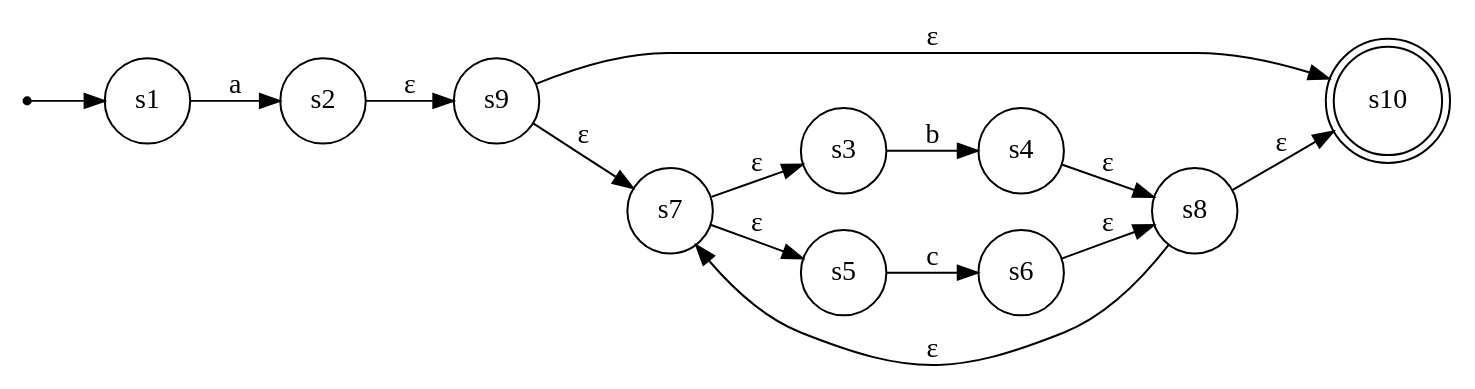
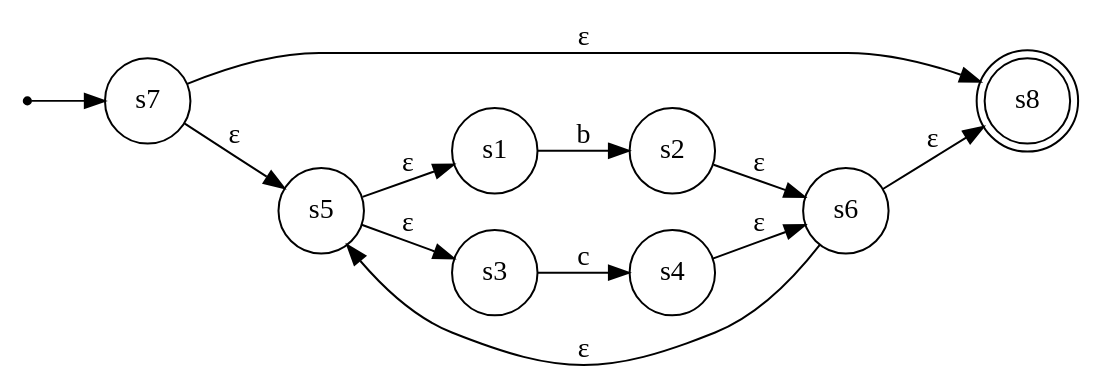
The diagram in dots/nfa.dot (sauravatgithub-web/REGEX-to-Automata), drawn with Graphviz before and after one commit. The commit also changed 5 other files, not shown here.

```diff
--- a/dots/nfa.dot
+++ b/dots/nfa.dot
@@ -1,20 +1,18 @@
 digraph Automaton {
     rankdir=LR;
     node [shape=circle];
 
     __start__ [shape=point];
-    __start__ -> s1;
-    s10 [shape=doublecircle];
-    s1 -> s2 [label="a"];
-    s3 -> s4 [label="b"];
-    s5 -> s6 [label="c"];
-    s7 -> s3 [label="ε"];
+    __start__ -> s7;
+    s8 [shape=doublecircle];
+    s1 -> s2 [label="b"];
+    s3 -> s4 [label="c"];
+    s5 -> s1 [label="ε"];
+    s5 -> s3 [label="ε"];
+    s2 -> s6 [label="ε"];
+    s4 -> s6 [label="ε"];
+    s7 -> s8 [label="ε"];
     s7 -> s5 [label="ε"];
-    s4 -> s8 [label="ε"];
     s6 -> s8 [label="ε"];
-    s9 -> s10 [label="ε"];
-    s9 -> s7 [label="ε"];
-    s8 -> s10 [label="ε"];
-    s8 -> s7 [label="ε"];
-    s2 -> s9 [label="ε"];
+    s6 -> s5 [label="ε"];
 }
```
